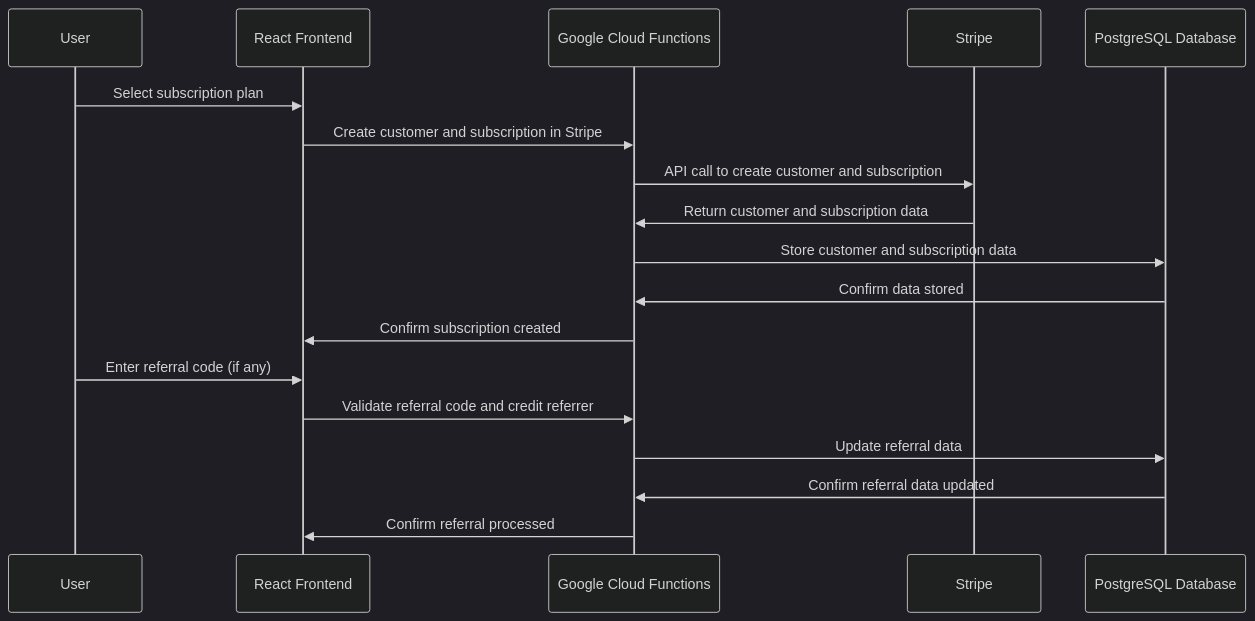
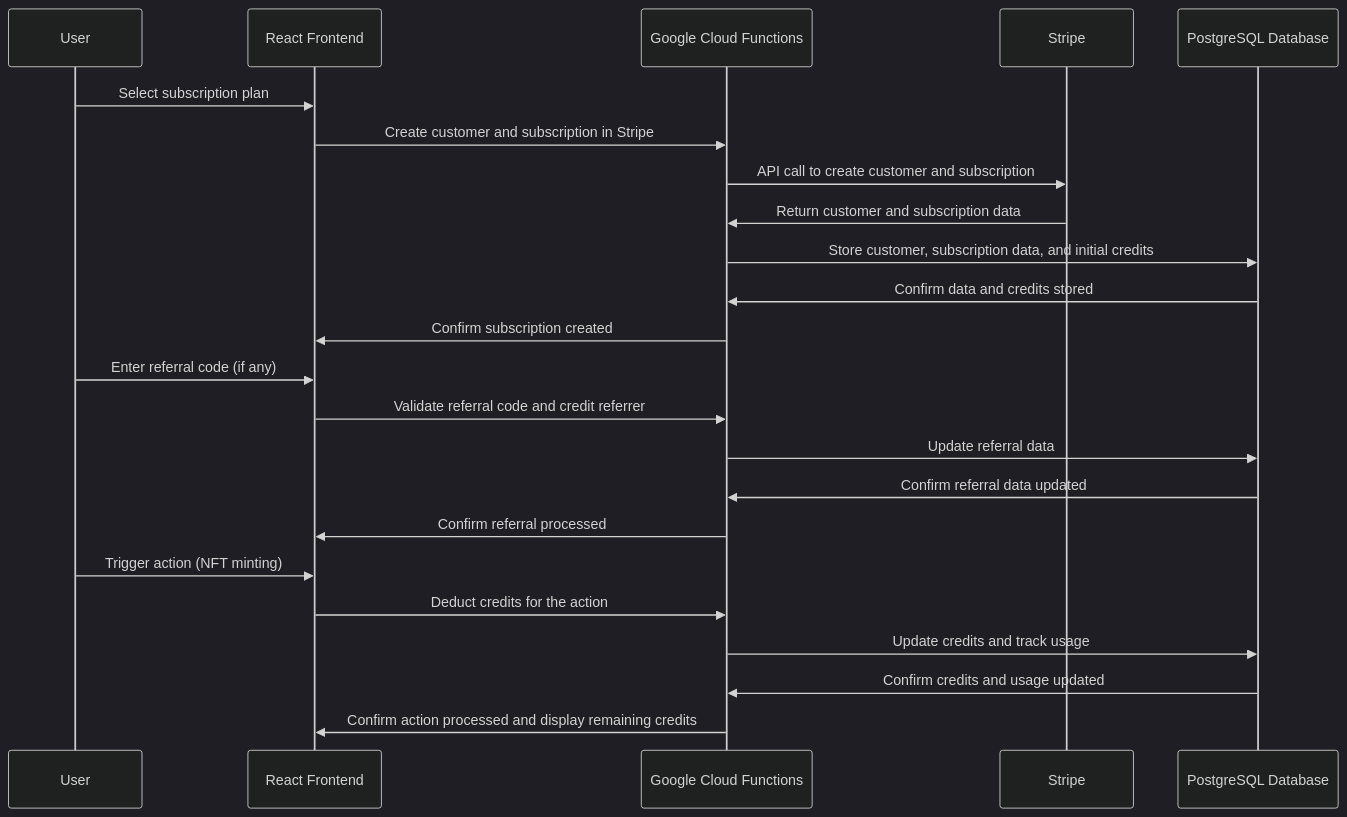
Before and after one commit to DannyGZhang/NFT-market-palce-system-design: the diagram in designStripe.md, drawn with Mermaid (dark theme). The commit also changed other lines of this file, not shown here.

Commit message:
hotfix to Stripe and Credits

````diff
--- a/designStripe.md
+++ b/designStripe.md
@@ -50,21 +53,26 @@
 ```mermaid
 sequenceDiagram
     participant User
     participant React Frontend
     participant Google Cloud Functions
     participant Stripe
     participant PostgreSQL Database
 
     User->>React Frontend: Select subscription plan
     React Frontend->>Google Cloud Functions: Create customer and subscription in Stripe
     Google Cloud Functions->>Stripe: API call to create customer and subscription
     Stripe->>Google Cloud Functions: Return customer and subscription data
-    Google Cloud Functions->>PostgreSQL Database: Store customer and subscription data
-    PostgreSQL Database->>Google Cloud Functions: Confirm data stored
+    Google Cloud Functions->>PostgreSQL Database: Store customer, subscription data, and initial credits
+    PostgreSQL Database->>Google Cloud Functions: Confirm data and credits stored
     Google Cloud Functions->>React Frontend: Confirm subscription created
     User->>React Frontend: Enter referral code (if any)
     React Frontend->>Google Cloud Functions: Validate referral code and credit referrer
     Google Cloud Functions->>PostgreSQL Database: Update referral data
     PostgreSQL Database->>Google Cloud Functions: Confirm referral data updated
     Google Cloud Functions->>React Frontend: Confirm referral processed
+    User->>React Frontend: Trigger action (NFT minting)
+    React Frontend->>Google Cloud Functions: Deduct credits for the action
+    Google Cloud Functions->>PostgreSQL Database: Update credits and track usage
+    PostgreSQL Database->>Google Cloud Functions: Confirm credits and usage updated
+    Google Cloud Functions->>React Frontend: Confirm action processed and display remaining credits
 ```
````
